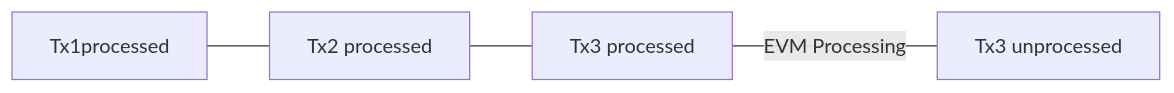
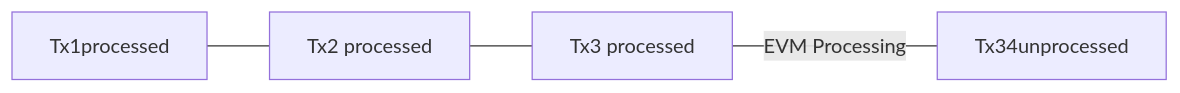
Before and after one commit to twizzworld/docs.skale.network: the first of 3 diagrams in components/technology/modules/ROOT/pages/consensus-spec.adoc, drawn with Mermaid.

```diff
--- a/components/technology/modules/ROOT/pages/consensus-spec.adoc
+++ b/components/technology/modules/ROOT/pages/consensus-spec.adoc
@@ -12,5 +12,5 @@
 [mermaid]
 ....
 flowchart LR
-    b0[Tx1processed]---b1[Tx2 processed]---b2[Tx3 processed]---|EVM Processing|b3[Tx3 unprocessed]   
+    b0[Tx1processed]---b1[Tx2 processed]---b2[Tx3 processed]---|EVM Processing|b3[Tx34unprocessed]   
 ....
```
